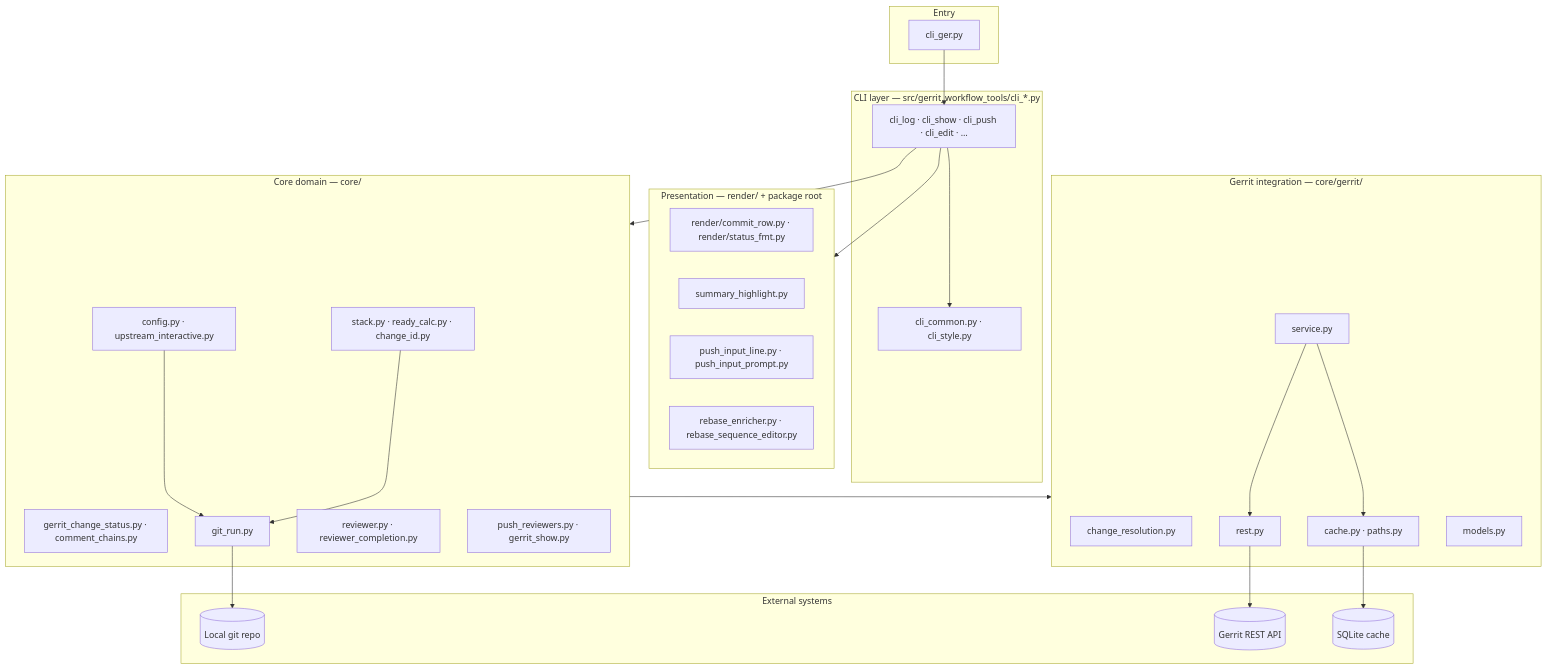
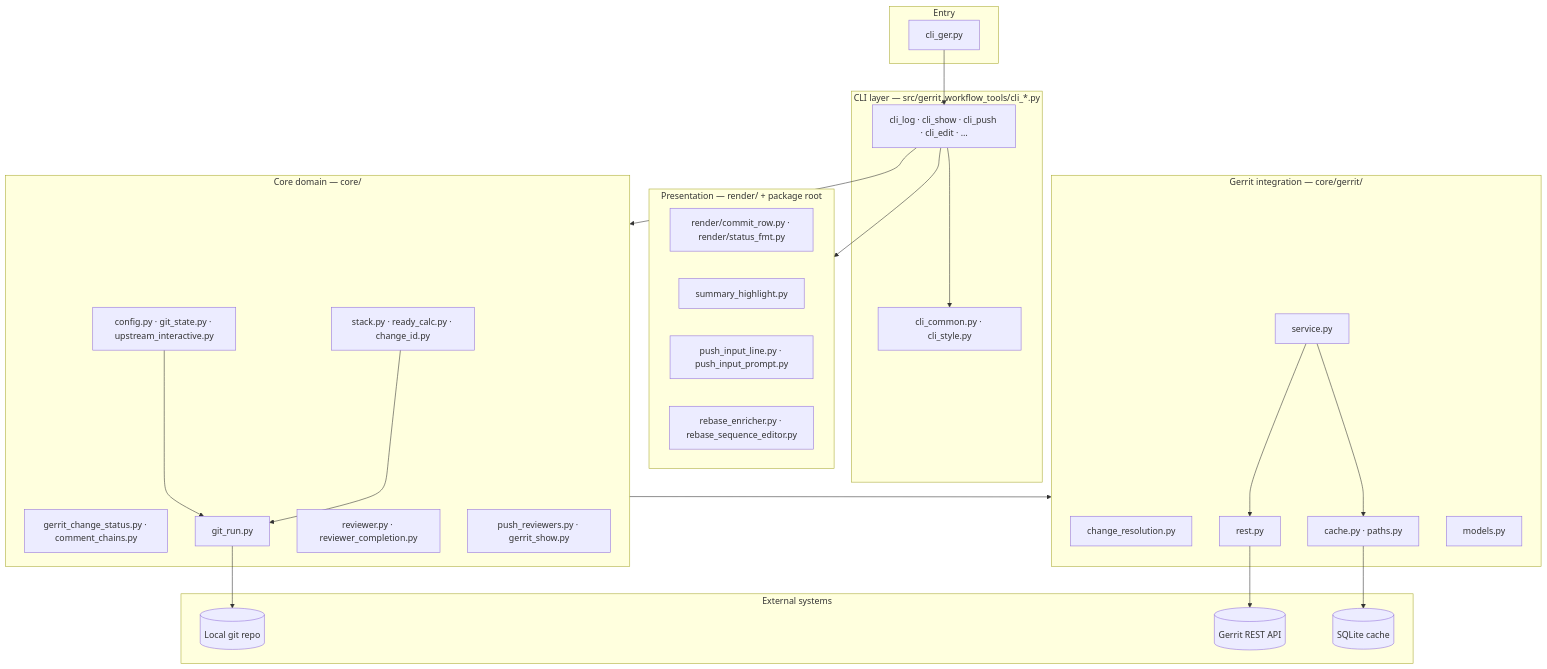
One commit to togrue/gerrit-workflow-tools changed the first of 8 diagrams in docu/architecture.md. Above: the diagram before and after it, drawn with Mermaid. The commit also changed other lines of this file and 52 other files, not shown here.

````diff
--- a/docu/architecture.md
+++ b/docu/architecture.md
@@ -29,54 +29,54 @@
 ```mermaid
 flowchart TB
   subgraph entry [Entry]
     ger[cli_ger.py]
   end
 
   subgraph cli [CLI layer — src/gerrit_workflow_tools/cli_*.py]
     common[cli_common.py · cli_style.py]
     commands[cli_log · cli_show · cli_push · cli_edit · …]
   end
 
   subgraph presentation [Presentation — render/ + package root]
     render[render/commit_row.py · render/status_fmt.py]
     highlight[summary_highlight.py]
     push_ui[push_input_line.py · push_input_prompt.py]
     rebase_hook[rebase_enricher.py · rebase_sequence_editor.py]
   end
 
   subgraph core [Core domain — core/]
     stack[stack.py · ready_calc.py · change_id.py]
     status[gerrit_change_status.py · comment_chains.py]
-    config[config.py · upstream_interactive.py]
+    config[config.py · git_state.py · upstream_interactive.py]
     git[git_run.py]
     reviewers[reviewer.py · reviewer_completion.py]
     push_core[push_reviewers.py · gerrit_show.py]
   end
 
   subgraph gerrit [Gerrit integration — core/gerrit/]
     resolution[change_resolution.py]
     service[service.py]
     rest[rest.py]
     cache[cache.py · paths.py]
     models[models.py]
   end
 
   subgraph external [External systems]
     git_repo[(Local git repo)]
     gerrit_api[(Gerrit REST API)]
     sqlite[(SQLite cache)]
   end
 
   ger --> commands
   commands --> common
   commands --> core
   commands --> presentation
   core --> gerrit
   service --> rest
   service --> cache
   rest --> gerrit_api
   cache --> sqlite
   stack --> git
   config --> git
   git --> git_repo
 ```
````
